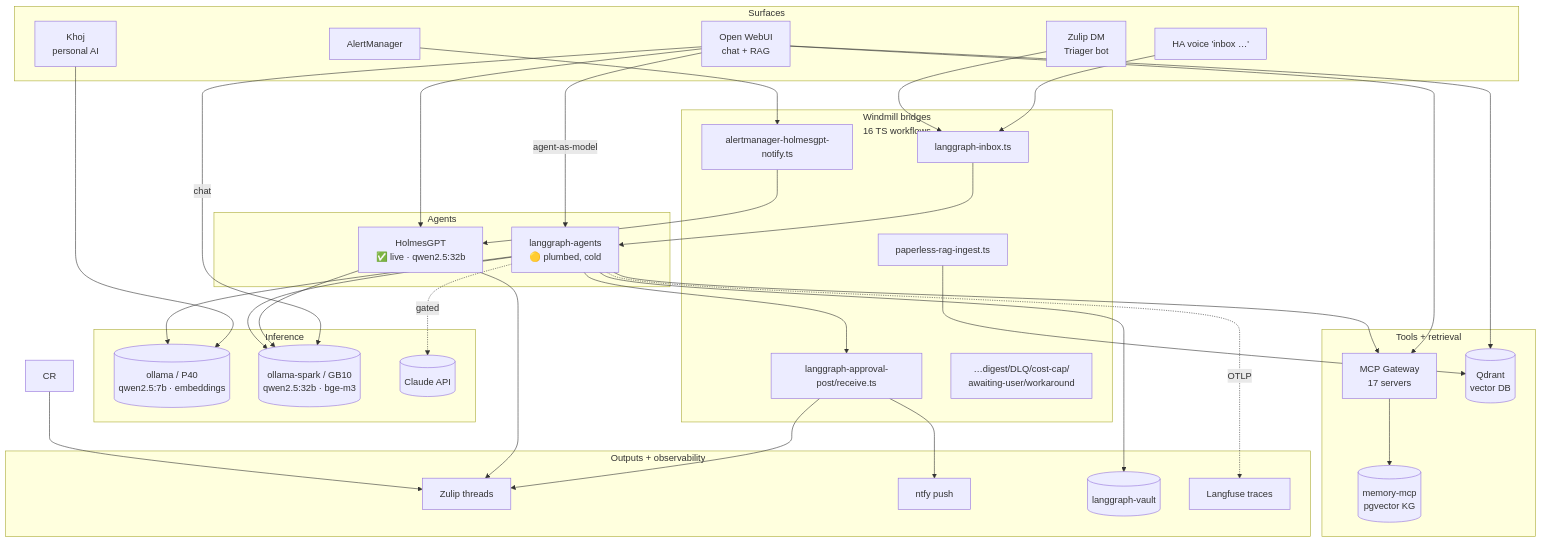
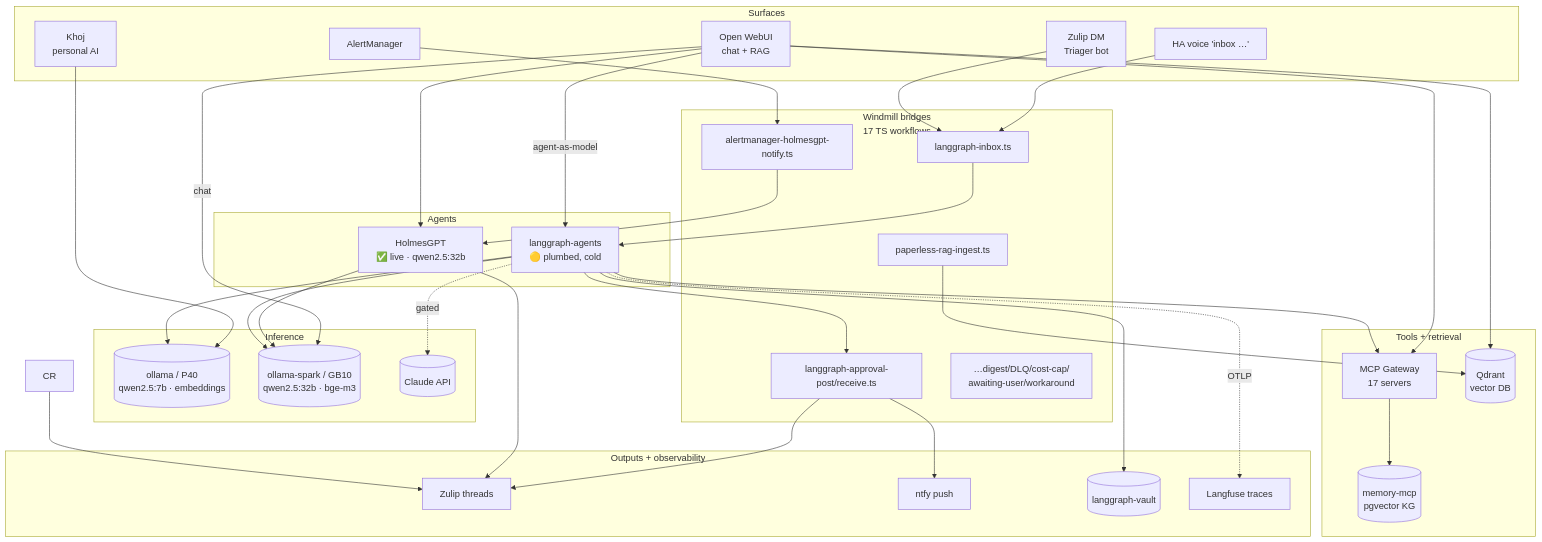
Before and after one commit to rwlove/home-ops: the second of 3 diagrams in README.md, drawn with Mermaid. The commit also changed other lines of this file and 1 other file, not shown here.

````diff
--- a/README.md
+++ b/README.md
@@ -316,63 +316,63 @@
 ```mermaid
 flowchart TB
     subgraph Surfaces[Surfaces]
         OWUI[Open WebUI<br/>chat + RAG]
         Khoj[Khoj<br/>personal AI]
         Voice[HA voice 'inbox …']
         ZulipDM[Zulip DM<br/>Triager bot]
         AM[AlertManager]
     end
 
-    subgraph Bridges[Windmill bridges<br/>16 TS workflows]
+    subgraph Bridges[Windmill bridges<br/>17 TS workflows]
         WInbox[langgraph-inbox.ts]
         WAlert[alertmanager-holmesgpt-notify.ts]
         WApprove[langgraph-approval-post/receive.ts]
         WPaperless[paperless-rag-ingest.ts]
         WOther[…digest/DLQ/cost-cap/<br/>awaiting-user/workaround]
     end
 
     subgraph Agents[Agents]
         Holmes[HolmesGPT<br/>✅ live · qwen2.5:32b]
         LG[langgraph-agents<br/>🟡 plumbed, cold]
     end
 
     subgraph Inference[Inference]
         OllamaP40[(ollama / P40<br/>qwen2.5:7b · embeddings)]
         OllamaSpark[(ollama-spark / GB10<br/>qwen2.5:32b · bge-m3)]
         Claude[(Claude API)]
     end
 
     subgraph Tools[Tools + retrieval]
         Gw[MCP Gateway<br/>17 servers]
         Q[(Qdrant<br/>vector DB)]
         Mem[(memory-mcp<br/>pgvector KG)]
     end
 
     subgraph Outputs[Outputs + observability]
         Zulip[Zulip threads]
         Ntfy[ntfy push]
         Vault[(langgraph-vault)]
         LF[Langfuse traces]
     end
 
     Voice --> WInbox --> LG
     ZulipDM --> WInbox
     OWUI -->|chat| OllamaSpark
     OWUI -->|agent-as-model| LG
     OWUI --> Gw
     OWUI --> Holmes
     OWUI --> Q
     Khoj --> OllamaP40
     AM --> WAlert --> Holmes
     Holmes --> OllamaSpark
     LG --> OllamaSpark
     LG --> OllamaP40
     LG -.->|gated| Claude
     LG --> Gw --> Mem
     LG -.->|OTLP| LF
     WPaperless --> Q
     LG --> WApprove --> Zulip & Ntfy
     LG --> Vault
     Holmes --> Zulip
     CR --> Zulip
 ```
````
